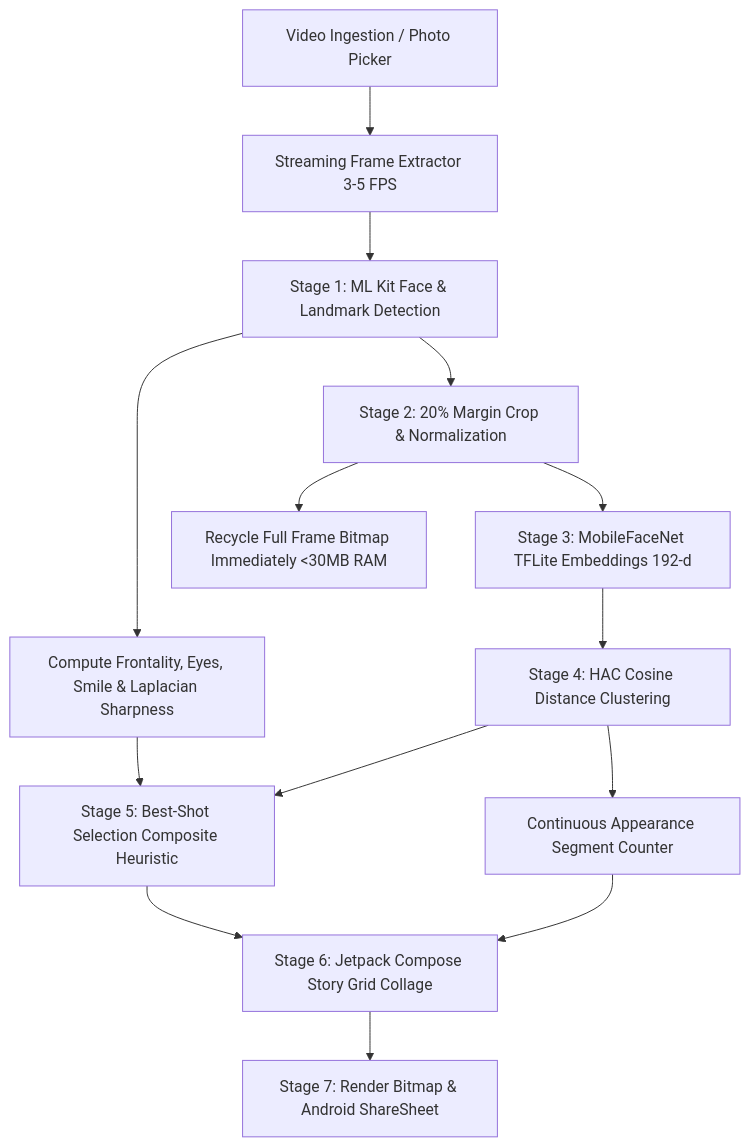
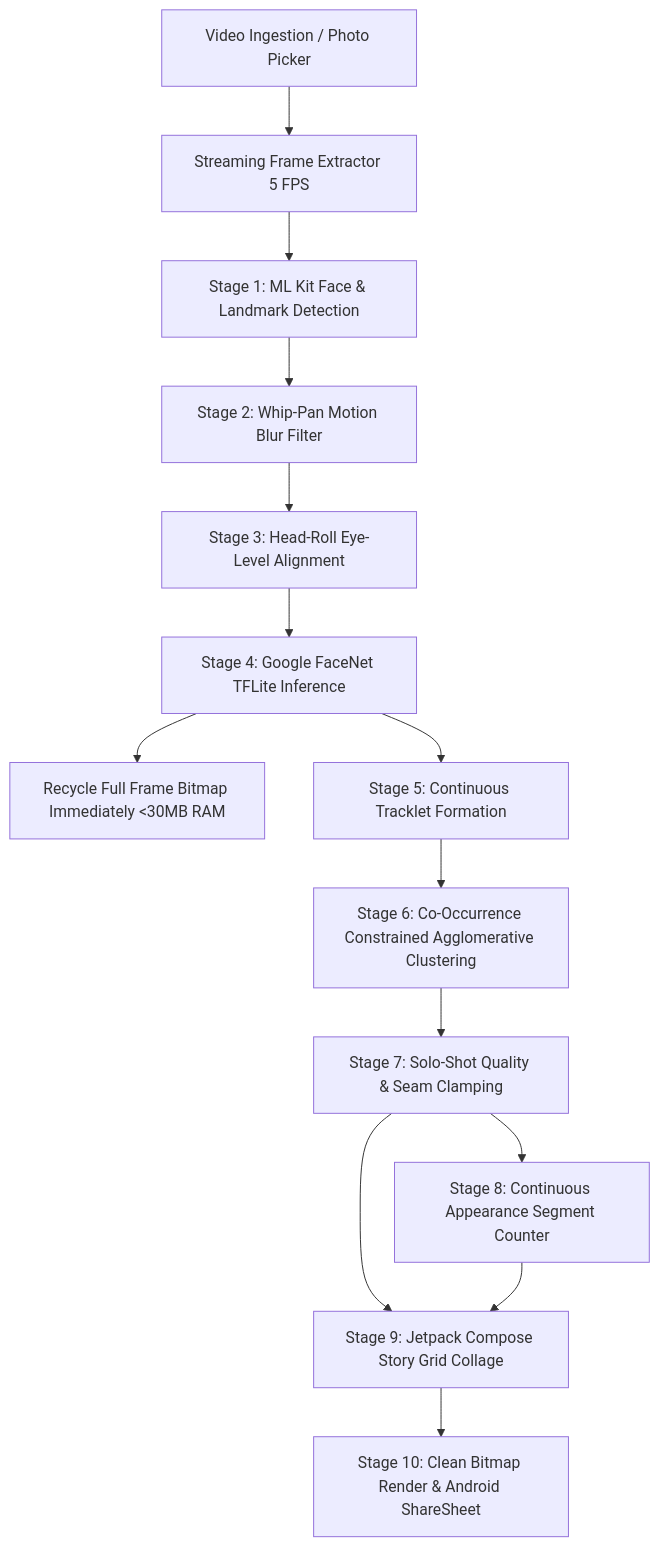
Before and after one commit to harshsomankar123-tech/iykyk: the diagram in README.md, drawn with Mermaid. The commit also changed other lines of this file and 6 other files, not shown here.

Commit message:
Upgrade face recognition to FaceNet 512-d, fix split-screen solo selection, and update documentation

````diff
--- a/README.md
+++ b/README.md
@@ -7,16 +21,16 @@
 ```mermaid
 flowchart TD
-    VideoInput[Video Ingestion / Photo Picker] --> StreamExtractor[Streaming Frame Extractor 3-5 FPS]
+    VideoInput[Video Ingestion / Photo Picker] --> StreamExtractor[Streaming Frame Extractor 5 FPS]
     StreamExtractor --> MLKitDetect[Stage 1: ML Kit Face & Landmark Detection]
-    MLKitDetect --> QualityMetrics[Compute Frontality, Eyes, Smile & Laplacian Sharpness]
-    MLKitDetect --> FaceCropper[Stage 2: 20% Margin Crop & Normalization]
-    FaceCropper --> TFLiteInference[Stage 3: MobileFaceNet TFLite Embeddings 192-d]
-    FaceCropper --> RecycleBmp[Recycle Full Frame Bitmap Immediately <30MB RAM]
-    TFLiteInference --> TrackingClustering[Stage 4: HAC Cosine Distance Clustering]
-    QualityMetrics --> BestShotSelector[Stage 5: Best-Shot Selection Composite Heuristic]
-    TrackingClustering --> BestShotSelector
-    TrackingClustering --> AppearanceSegmenter[Continuous Appearance Segment Counter]
-    BestShotSelector --> CollageComposer[Stage 6: Jetpack Compose Story Grid Collage]
+    MLKitDetect --> MotionFilter[Stage 2: Whip-Pan Motion Blur Filter]
+    MotionFilter --> RollAlign[Stage 3: Head-Roll Eye-Level Alignment]
+    RollAlign --> FaceNetInference[Stage 4: Google FaceNet TFLite Inference]
+    FaceNetInference --> RecycleBmp[Recycle Full Frame Bitmap Immediately <30MB RAM]
+    FaceNetInference --> TrackletFormation[Stage 5: Continuous Tracklet Formation]
+    TrackletFormation --> HACClustering[Stage 6: Co-Occurrence Constrained Agglomerative Clustering]
+    HACClustering --> SoloShotScoring[Stage 7: Solo-Shot Quality & Seam Clamping]
+    SoloShotScoring --> AppearanceSegmenter[Stage 8: Continuous Appearance Segment Counter]
+    SoloShotScoring --> CollageComposer[Stage 9: Jetpack Compose Story Grid Collage]
     AppearanceSegmenter --> CollageComposer
-    CollageComposer --> ExportShare[Stage 7: Render Bitmap & Android ShareSheet]
+    CollageComposer --> ExportShare[Stage 10: Clean Bitmap Render & Android ShareSheet]
 ```
````
